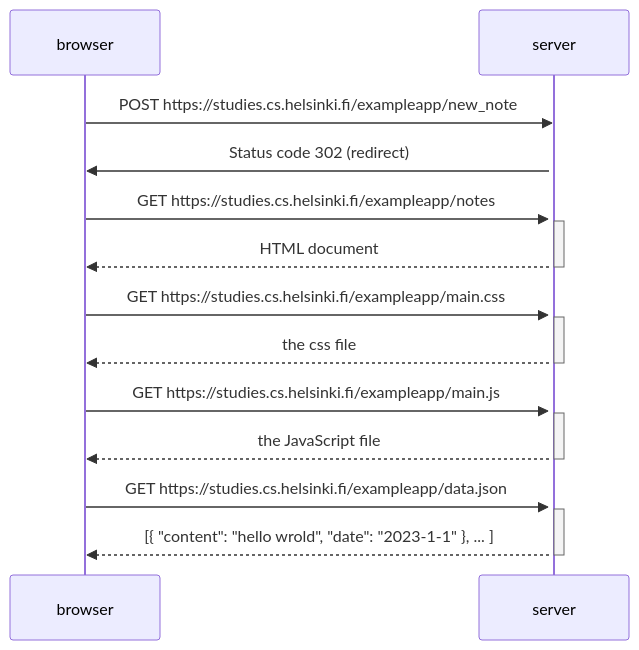
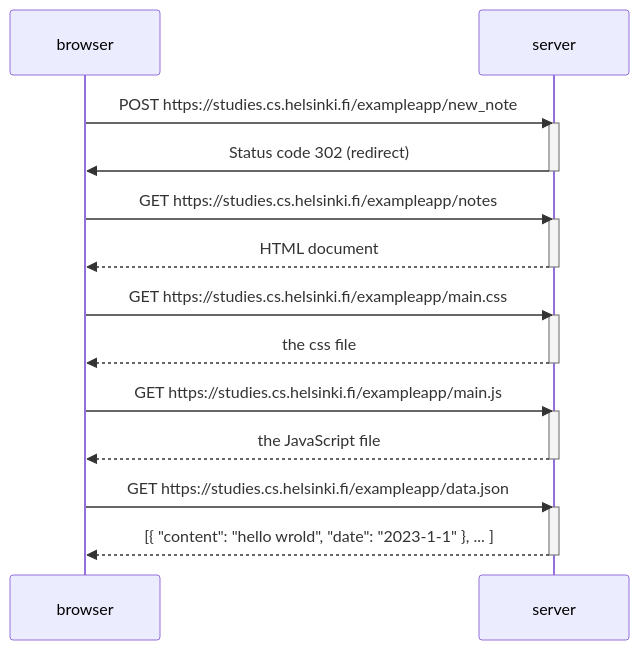
The diagram in osa0/t0.4.md (soikarin/fullstackopen), drawn with Mermaid before and after one commit.

````diff
--- a/osa0/t0.4.md
+++ b/osa0/t0.4.md
@@ -3,30 +3,31 @@
 ```mermaid
 sequenceDiagram
 participant browser
 participant server
 
 browser->>server: POST https://studies.cs.helsinki.fi/exampleapp/new_note
 activate server
 server->>browser: Status code 302 (redirect)
+deactivate server
 
 browser->>server: GET https://studies.cs.helsinki.fi/exampleapp/notes
 activate server
 server-->>browser: HTML document
 deactivate server
 
 browser->>server: GET https://studies.cs.helsinki.fi/exampleapp/main.css
 activate server
 server-->>browser: the css file
 deactivate server
 
 browser->>server: GET https://studies.cs.helsinki.fi/exampleapp/main.js
 activate server
 server-->>browser: the JavaScript file
 deactivate server
 
 browser->>server: GET https://studies.cs.helsinki.fi/exampleapp/data.json
 activate server
 server-->>browser: [{ "content": "hello wrold", "date": "2023-1-1" }, ... ]
 deactivate server
 
 ```
````
